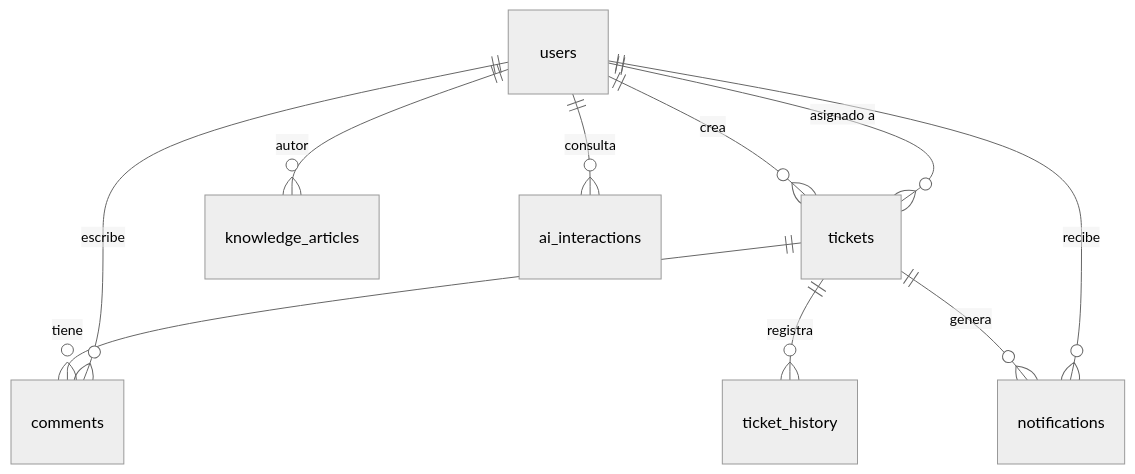
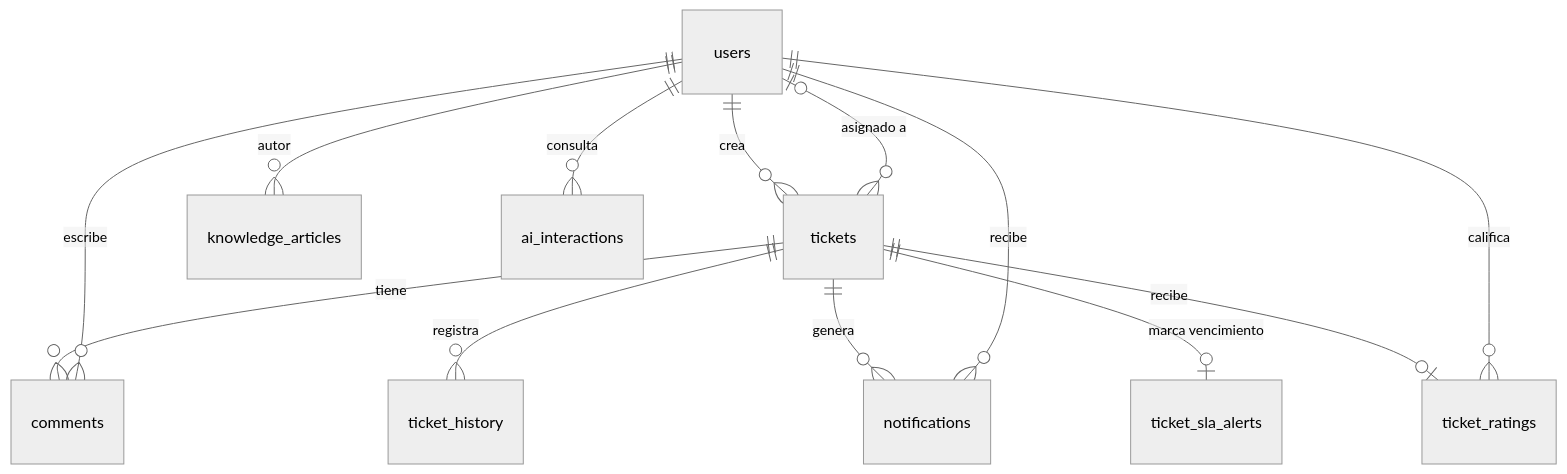
One commit to FelipeRoma04/soporteWeb changed the second of 2 diagrams in README.md. Above: the diagram before and after it, drawn with Mermaid (neutral theme). The commit also changed other lines of this file and 42 other files, not shown here.

````diff
--- a/README.md
+++ b/README.md
@@ -156,12 +179,15 @@
 ```mermaid
 erDiagram
   users ||--o{ tickets : crea
-  users ||--o{ tickets : "asignado a"
+  users o|--o{ tickets : "asignado a"
   tickets ||--o{ comments : tiene
   tickets ||--o{ ticket_history : registra
   tickets ||--o{ notifications : genera
+  tickets ||--o| ticket_sla_alerts : "marca vencimiento"
+  tickets ||--o| ticket_ratings : recibe
   users ||--o{ comments : escribe
   users ||--o{ notifications : recibe
   users ||--o{ knowledge_articles : autor
   users ||--o{ ai_interactions : consulta
+  users ||--o{ ticket_ratings : califica
 ```
````
